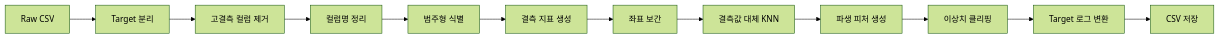
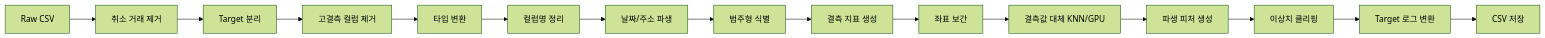
Before and after one commit to FastAI-24/Eda-processing: the second of 3 diagrams in README.md, drawn with Mermaid (forest theme). The commit also changed other lines of this file and 16 other files, not shown here.

````diff
--- a/README.md
+++ b/README.md
@@ -113,14 +113,17 @@
 ```mermaid
 graph LR
-    A[Raw CSV] --> B[Target 분리]
+    A[Raw CSV] --> A0[취소 거래 제거]
+    A0 --> B[Target 분리]
     B --> C[고결측 컬럼 제거]
-    C --> D[컬럼명 정리]
-    D --> E[범주형 식별]
+    C --> C1[타입 변환]
+    C1 --> D[컬럼명 정리]
+    D --> D1[날짜/주소 파생]
+    D1 --> E[범주형 식별]
     E --> F[결측 지표 생성]
     F --> G[좌표 보간]
-    G --> H[결측값 대체 KNN]
+    G --> H[결측값 대체 KNN/GPU]
     H --> H2[파생 피처 생성]
     H2 --> I[이상치 클리핑]
     I --> J[Target 로그 변환]
     J --> K[CSV 저장]
 ```
````
